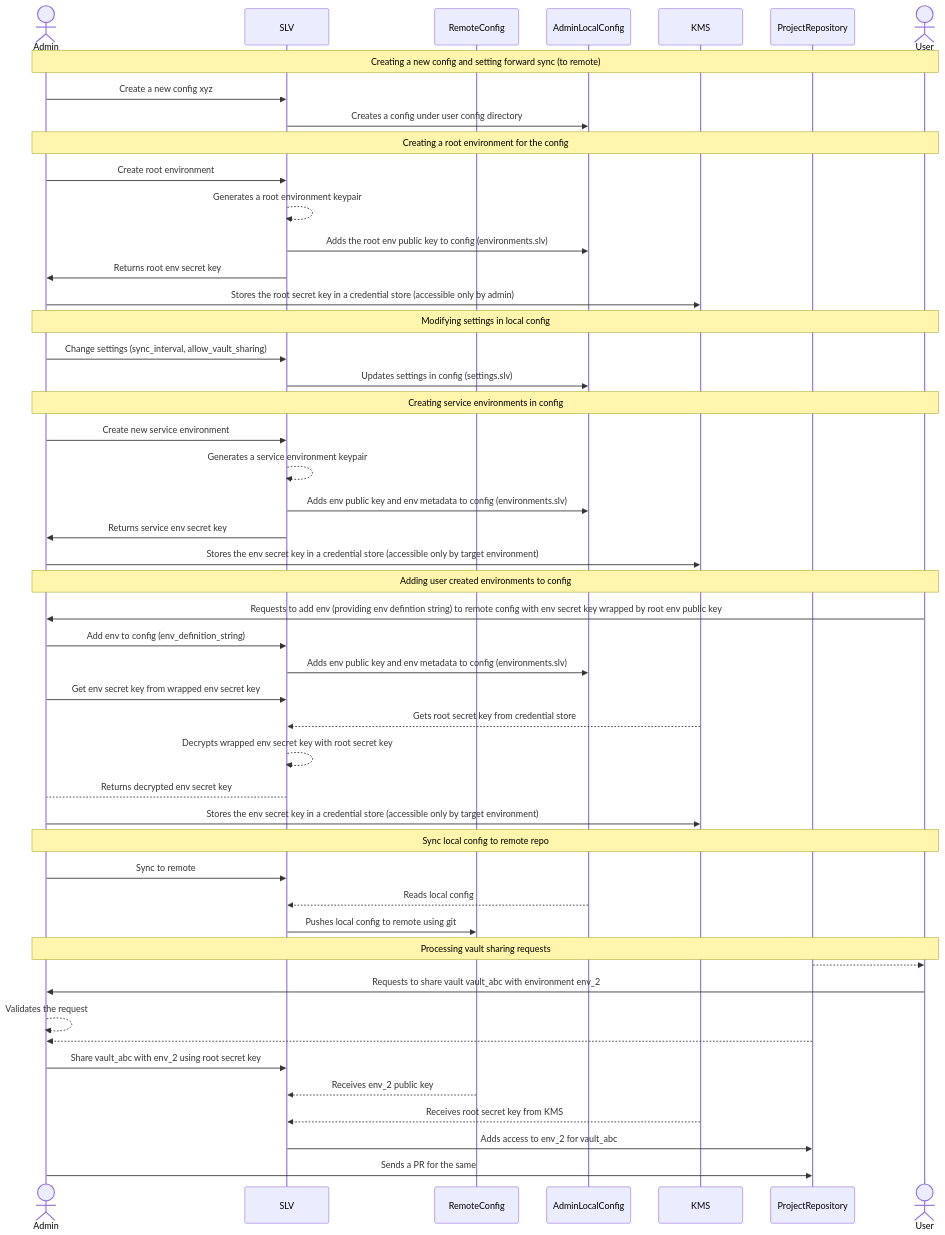
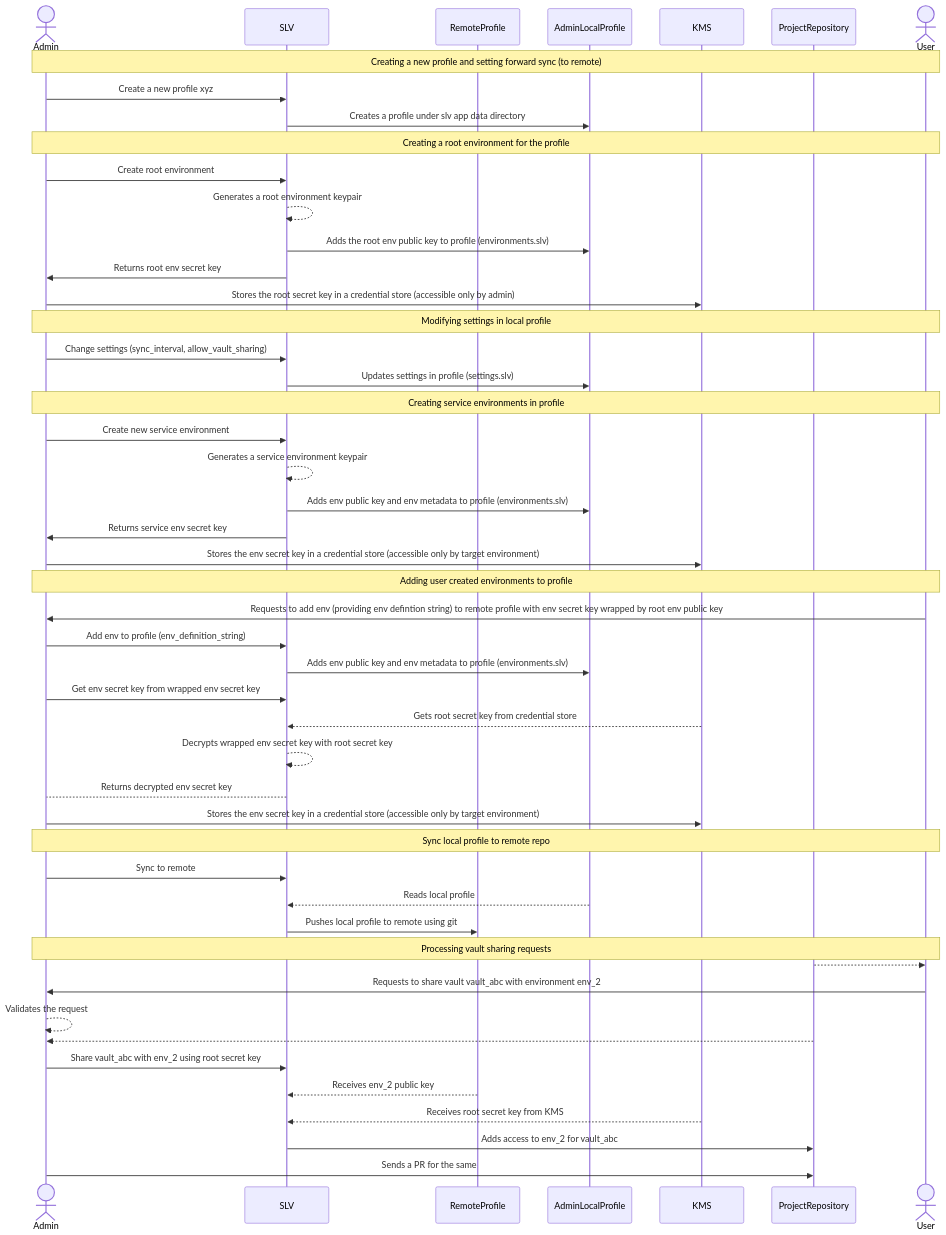
The second of 3 diagrams in README.md (amagioss/slv), drawn with Mermaid before and after one commit. The commit also changed other lines of this file and 4 other files, not shown here.

Commit message:
updating readme for config to profile changes

````diff
--- a/README.md
+++ b/README.md
@@ -136,52 +136,52 @@
 ```mermaid
 sequenceDiagram
     actor Admin
     participant SLV
-    participant RemoteConfig
-    participant AdminLocalConfig
+    participant RemoteProfile
+    participant AdminLocalProfile
     participant KMS
     participant ProjectRepository
     actor User
 
-    Note over User,Admin: Creating a new config and setting forward sync (to remote)
-    Admin->>SLV: Create a new config xyz
-    SLV->>AdminLocalConfig: Creates a config under user config directory
-    Note over User,Admin: Creating a root environment for the config
+    Note over User,Admin: Creating a new profile and setting forward sync (to remote)
+    Admin->>SLV: Create a new profile xyz
+    SLV->>AdminLocalProfile: Creates a profile under slv app data directory
+    Note over User,Admin: Creating a root environment for the profile
     Admin->>SLV: Create root environment
     SLV-->>SLV: Generates a root environment keypair
-    SLV->>AdminLocalConfig: Adds the root env public key to config (environments.slv)
+    SLV->>AdminLocalProfile: Adds the root env public key to profile (environments.slv)
     SLV->>Admin: Returns root env secret key
     Admin->>KMS: Stores the root secret key in a credential store (accessible only by admin)
-    Note over User,Admin: Modifying settings in local config
+    Note over User,Admin: Modifying settings in local profile
     Admin->>SLV: Change settings (sync_interval, allow_vault_sharing)
-    SLV->>AdminLocalConfig: Updates settings in config (settings.slv)
-    Note over User,Admin: Creating service environments in config
+    SLV->>AdminLocalProfile: Updates settings in profile (settings.slv)
+    Note over User,Admin: Creating service environments in profile
     Admin->>SLV: Create new service environment
     SLV-->>SLV: Generates a service environment keypair
-    SLV->>AdminLocalConfig: Adds env public key and env metadata to config (environments.slv)
+    SLV->>AdminLocalProfile: Adds env public key and env metadata to profile (environments.slv)
     SLV->>Admin: Returns service env secret key
     Admin->>KMS: Stores the env secret key in a credential store (accessible only by target environment)
-    Note over User,Admin: Adding user created environments to config
-    User->>Admin: Requests to add env (providing env defintion string) to remote config with env secret key wrapped by root env public key
-    Admin->>SLV: Add env to config (env_definition_string)
-    SLV->>AdminLocalConfig: Adds env public key and env metadata to config (environments.slv)
+    Note over User,Admin: Adding user created environments to profile
+    User->>Admin: Requests to add env (providing env defintion string) to remote profile with env secret key wrapped by root env public key
+    Admin->>SLV: Add env to profile (env_definition_string)
+    SLV->>AdminLocalProfile: Adds env public key and env metadata to profile (environments.slv)
     Admin->>SLV: Get env secret key from wrapped env secret key
     KMS-->>SLV: Gets root secret key from credential store
     SLV-->>SLV: Decrypts wrapped env secret key with root secret key
     SLV-->Admin: Returns decrypted env secret key
     Admin->>KMS: Stores the env secret key in a credential store (accessible only by target environment)
-    Note over User,Admin: Sync local config to remote repo
+    Note over User,Admin: Sync local profile to remote repo
     Admin->>SLV: Sync to remote
-    AdminLocalConfig-->>SLV: Reads local config
-    SLV->>RemoteConfig: Pushes local config to remote using git
+    AdminLocalProfile-->>SLV: Reads local profile
+    SLV->>RemoteProfile: Pushes local profile to remote using git
     Note over User,Admin: Processing vault sharing requests
     ProjectRepository-->>User: 
     User->>Admin: Requests to share vault vault_abc with environment env_2
     Admin-->>Admin: Validates the request
     ProjectRepository-->>Admin: 
     Admin->>SLV: Share vault_abc with env_2 using root secret key
-    RemoteConfig-->>SLV: Receives env_2 public key
+    RemoteProfile-->>SLV: Receives env_2 public key
     KMS-->>SLV: Receives root secret key from KMS
     SLV->>ProjectRepository: Adds access to env_2 for vault_abc
     Admin->>ProjectRepository: Sends a PR for the same
 ```
````
